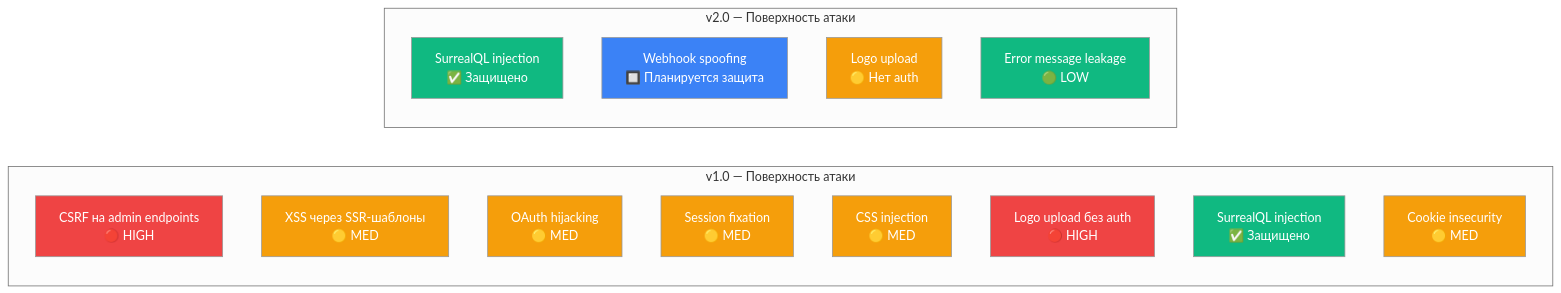
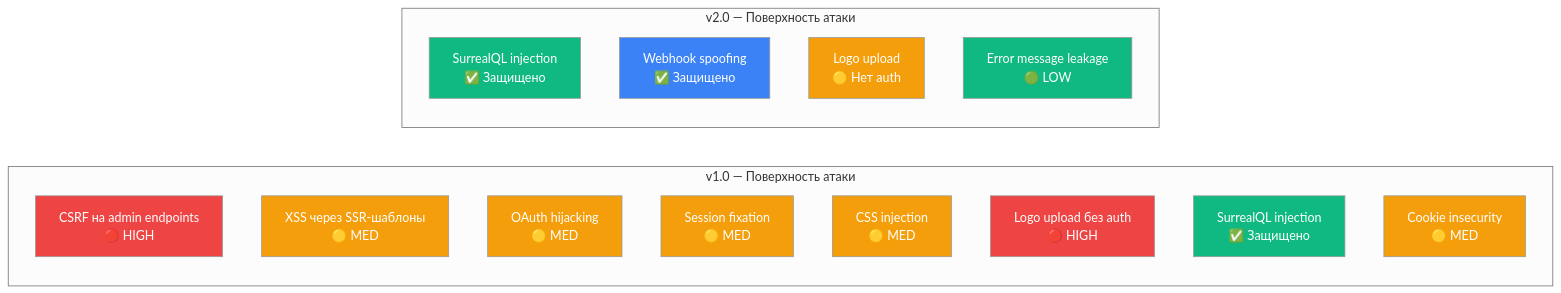
Before and after one commit to Map130/Universities_KZ: the first of 2 diagrams in docs/system-design/05-security.md, drawn with Mermaid (neutral theme). The commit also changed other lines of this file and 15 other files, not shown here.

````diff
--- a/docs/system-design/05-security.md
+++ b/docs/system-design/05-security.md
@@ -7,33 +7,33 @@
 ```mermaid
 graph LR
     subgraph "v1.0 — Поверхность атаки"
         A1["CSRF на admin endpoints<br/>🔴 HIGH"]
         A2["XSS через SSR-шаблоны<br/>🟡 MED"]
         A3["OAuth hijacking<br/>🟡 MED"]
         A4["Session fixation<br/>🟡 MED"]
         A5["CSS injection<br/>🟡 MED"]
         A6["Logo upload без auth<br/>🔴 HIGH"]
         A7["SurrealQL injection<br/>✅ Защищено"]
         A8["Cookie insecurity<br/>🟡 MED"]
     end
 
     subgraph "v2.0 — Поверхность атаки"
         B1["SurrealQL injection<br/>✅ Защищено"]
-        B2["Webhook spoofing<br/>🔲 Планируется защита"]
+        B2["Webhook spoofing<br/>✅ Защищено"]
         B3["Logo upload<br/>🟡 Нет auth"]
         B4["Error message leakage<br/>🟢 LOW"]
     end
 
     style A1 fill:#EF4444,color:#fff
     style A6 fill:#EF4444,color:#fff
     style A2 fill:#F59E0B,color:#fff
     style A3 fill:#F59E0B,color:#fff
     style A4 fill:#F59E0B,color:#fff
     style A5 fill:#F59E0B,color:#fff
     style A8 fill:#F59E0B,color:#fff
     style A7 fill:#10B981,color:#fff
     style B1 fill:#10B981,color:#fff
     style B2 fill:#3B82F6,color:#fff
     style B3 fill:#F59E0B,color:#fff
     style B4 fill:#10B981,color:#fff
 ```
````
